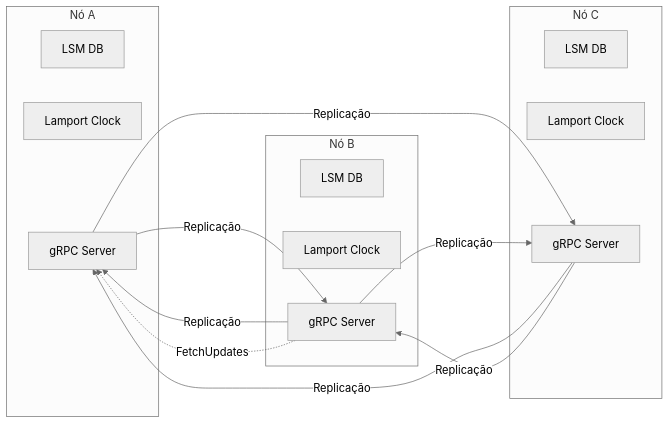
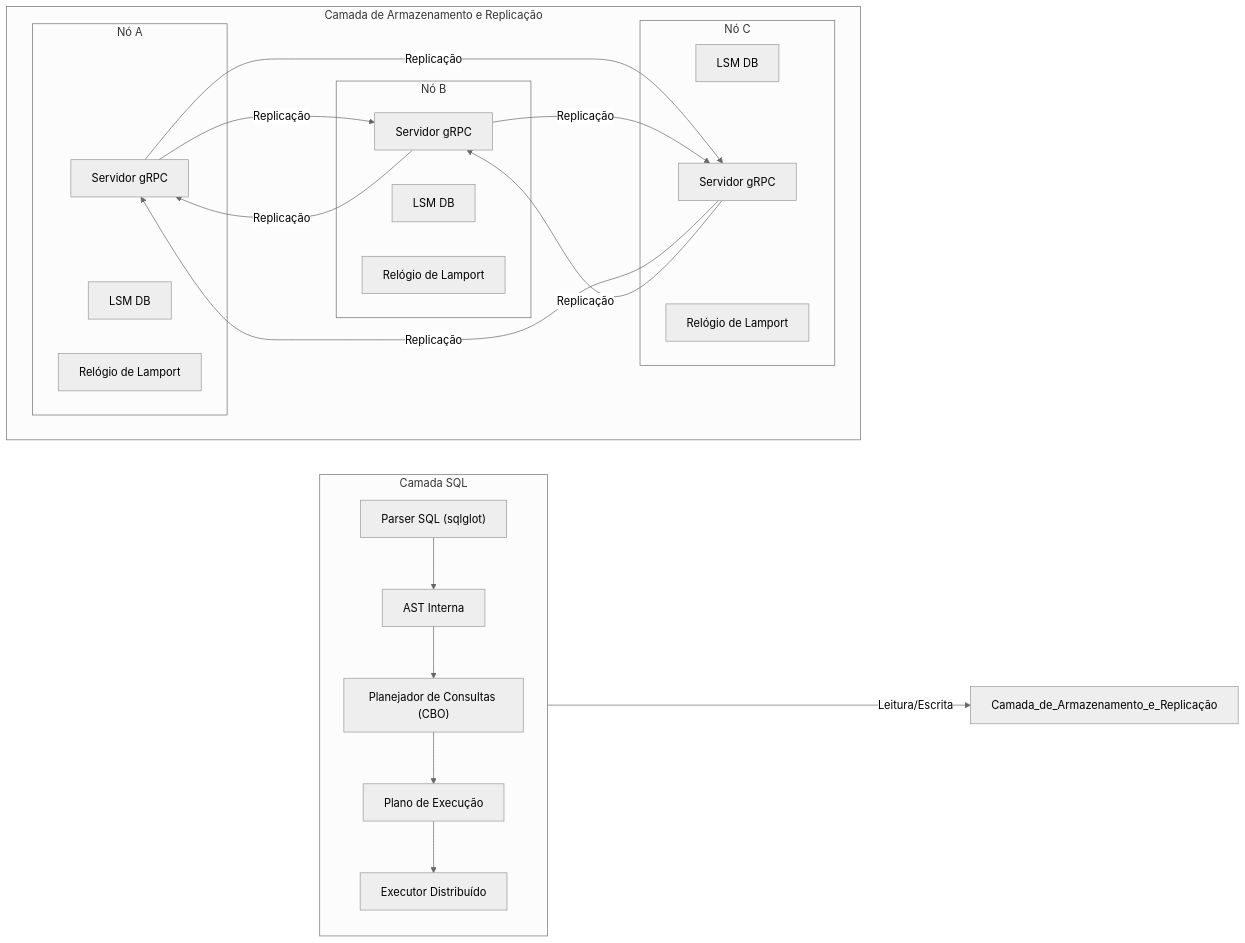
The first of 2 diagrams in README_pt_BR.md (diegomrodrigues2/relational_distributed_database), drawn with Mermaid (neutral theme) before and after one commit. The commit also changed other lines of this file, not shown here.

````diff
--- a/README_pt_BR.md
+++ b/README_pt_BR.md
@@ -7,25 +17,37 @@
 ```mermaid
 flowchart LR
-    subgraph Node_A["Nó A"]
-        ADB["LSM DB"]
-        AClock["Lamport Clock"]
-        AServer["gRPC Server"]
+    subgraph "Camada SQL"
+        direction TB
+        Parser["Parser SQL (sqlglot)"] --> AST["AST Interna"]
+        AST --> Planner["Planejador de Consultas (CBO)"]
+        Planner --> Plan["Plano de Execução"]
+        Plan --> Executor["Executor Distribuído"]
     end
-    subgraph Node_B["Nó B"]
-        BDB["LSM DB"]
-        BClock["Lamport Clock"]
-        BServer["gRPC Server"]
+    
+    subgraph "Camada de Armazenamento e Replicação"
+        direction LR
+        subgraph Node_A["Nó A"]
+            ADB["LSM DB"]
+            AClock["Relógio de Lamport"]
+            AServer["Servidor gRPC"]
+        end
+        subgraph Node_B["Nó B"]
+            BDB["LSM DB"]
+            BClock["Relógio de Lamport"]
+            BServer["Servidor gRPC"]
+        end
+        subgraph Node_C["Nó C"]
+            CDB["LSM DB"]
+            CClock["Relógio de Lamport"]
+            CServer["Servidor gRPC"]
+        end
+        AServer -- Replicação --> BServer
+        AServer -- Replicação --> CServer
+        BServer -- Replicação --> AServer
+        BServer -- Replicação --> CServer
+        CServer -- Replicação --> AServer
+        CServer -- Replicação --> BServer
     end
-    subgraph Node_C["Nó C"]
-        CDB["LSM DB"]
-        CClock["Lamport Clock"]
-        CServer["gRPC Server"]
-    end
-    AServer -- Replicação --> BServer
-    AServer -- Replicação --> CServer
-    BServer -- Replicação --> AServer
-    BServer -- Replicação --> CServer
-    CServer -- Replicação --> AServer
-    CServer -- Replicação --> BServer
-    BServer -. FetchUpdates .-> AServer
+
+    Executor -- Leitura/Escrita --> Camada_de_Armazenamento_e_Replicação
 ```
````
